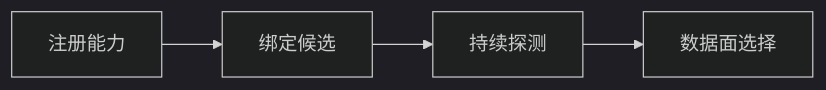
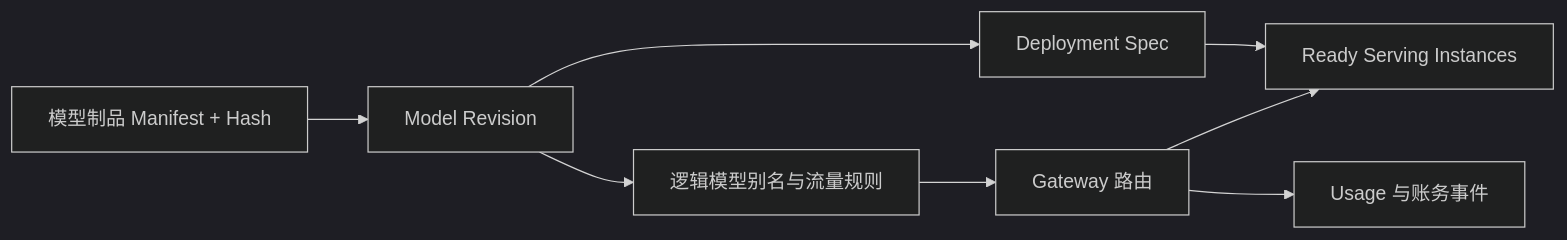
Before and after one commit to upJiang/jiang-blog-vitepress: the diagram in docs/devops/multi-model-platform.md, drawn with Mermaid (dark theme). The commit also changed other lines of this file and 54 other files, not shown here.

````diff
--- a/docs/devops/multi-model-platform.md
+++ b/docs/devops/multi-model-platform.md
@@ -33,10 +203,10 @@
 ```mermaid
 flowchart LR
-  S0["注册能力"]
-  S1["绑定候选"]
-  S2["持续探测"]
-  S3["数据面选择"]
-  S0 --> S1
-  S1 --> S2
-  S2 --> S3
+  A["模型制品 Manifest + Hash"] --> V["Model Revision"]
+  V --> D["Deployment Spec"]
+  D --> I["Ready Serving Instances"]
+  V --> R["逻辑模型别名与流量规则"]
+  R --> G["Gateway 路由"]
+  G --> I
+  G --> B["Usage 与账务事件"]
 ```
````
